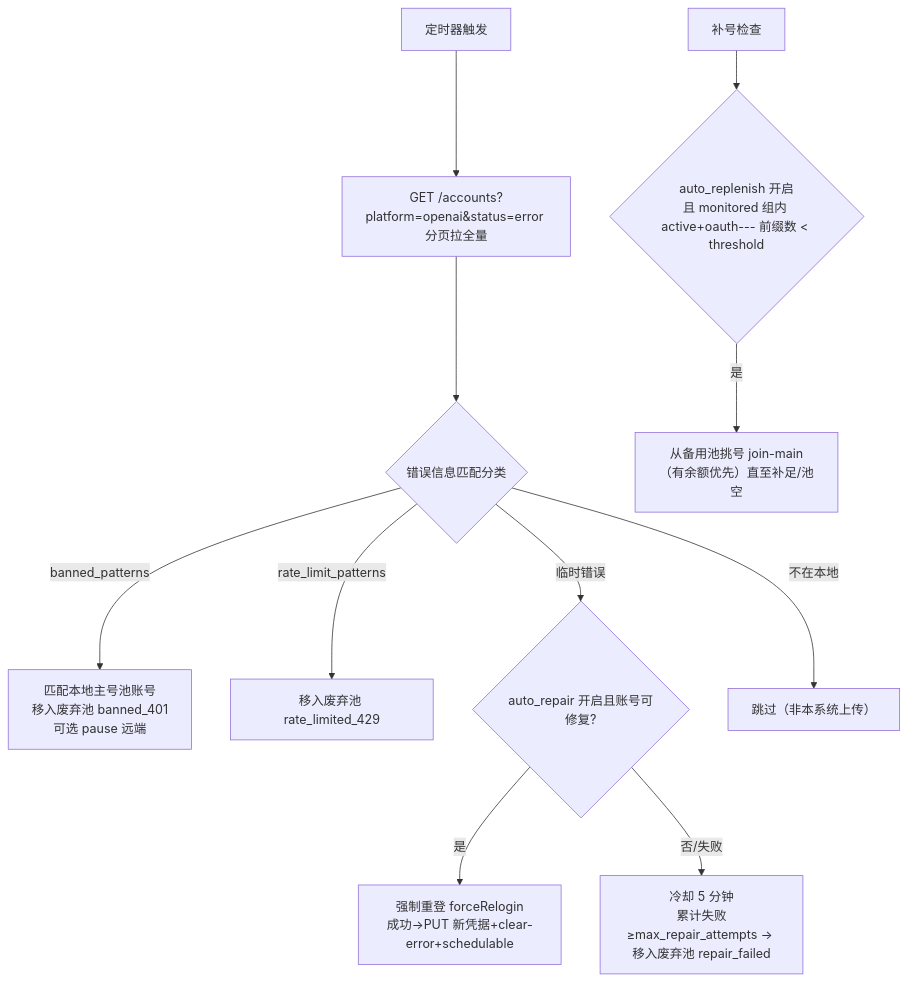
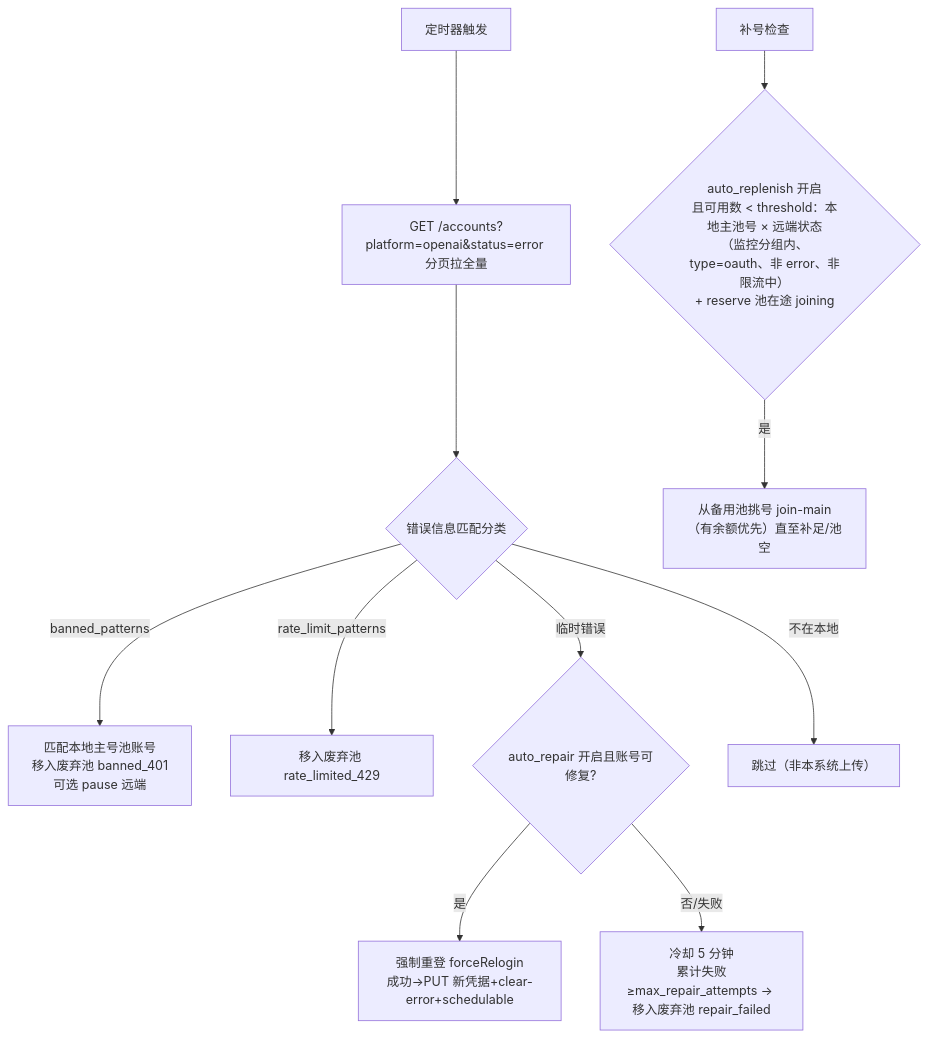
Before and after one commit to zhoudashuaibi/tosubV2: the second of 2 diagrams in docs/v2/04-后端设计/05-sub2api模块.md, drawn with Mermaid. The commit also changed other lines of this file and 5 other files, not shown here.

````diff
--- a/docs/v2/04-后端设计/05-sub2api模块.md
+++ b/docs/v2/04-后端设计/05-sub2api模块.md
@@ -99,13 +99,13 @@
 ```mermaid
 flowchart TD
     T[定时器触发] --> A[GET /accounts?platform=openai&status=error 分页拉全量]
     A --> B{错误信息匹配分类}
     B -- banned_patterns --> C[匹配本地主号池账号<br/>移入废弃池 banned_401<br/>可选 pause 远端]
     B -- rate_limit_patterns --> D[移入废弃池 rate_limited_429]
     B -- 临时错误 --> E{auto_repair 开启且账号可修复?}
     E -- 是 --> F[强制重登 forceRelogin<br/>成功→PUT 新凭据+clear-error+schedulable]
     E -- 否/失败 --> G[冷却 5 分钟<br/>累计失败≥max_repair_attempts → 移入废弃池 repair_failed]
     B -- 不在本地 --> H[跳过（非本系统上传）]
-    T2[补号检查] --> I{auto_replenish 开启<br/>且 monitored 组内 active+oauth--- 前缀数 < threshold}
+    T2[补号检查] --> I{auto_replenish 开启<br/>且可用数 < threshold：本地主池号 × 远端状态<br/>（监控分组内、type=oauth、非 error、非限流中）<br/>+ reserve 池在途 joining}
     I -- 是 --> J[从备用池挑号 join-main<br/>（有余额优先）直至补足/池空]
 ```
````
